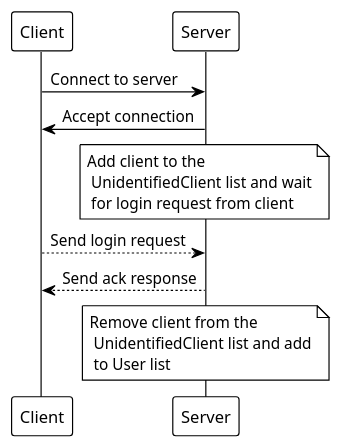
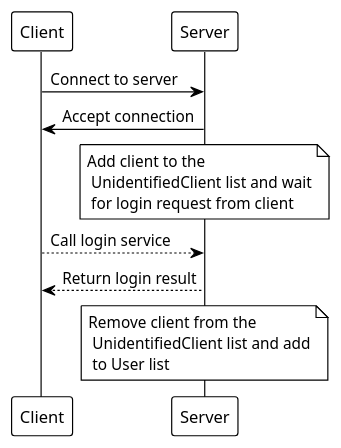
The diagram in deliverables/login.plantuml (MarcoMeinardi/ing-sw-2023-Maltagliati-Manfredonia-Meinardi-Merlino), drawn with PlantUML before and after one commit. The commit also changed 3 other files, not shown here.

```diff
--- a/deliverables/login.plantuml
+++ b/deliverables/login.plantuml
@@ -1,12 +1,12 @@
 @startuml
 !theme plain
 participant "Client" as C
 participant "Server" as S
 
 C -> S: Connect to server
 S -> C: Accept connection
 note over S: Add client to the\n UnidentifiedClient list and wait\n for login request from client
-C --> S: Send login request
-S --> C: Send ack response
+C --> S: Call login service
+S --> C: Return login result
 note over S: Remove client from the\n UnidentifiedClient list and add\n to User list
 @enduml
```
